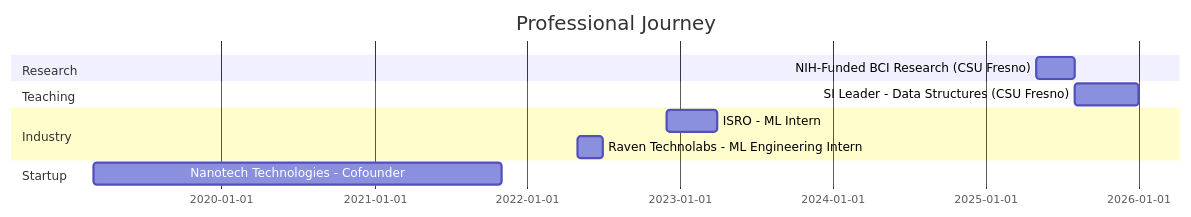
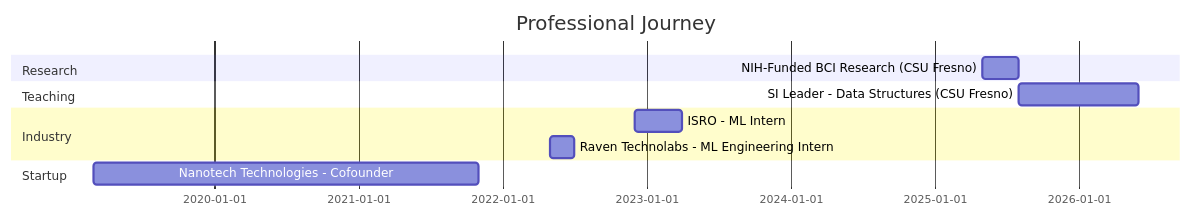
Before and after one commit to Aryanp018/Aryanp018: the diagram in README.md, drawn with Mermaid.

Commit message:
Update SI Leader end date to June 2026

````diff
--- a/README.md
+++ b/README.md
@@ -285,14 +285,14 @@
 ```mermaid
 gantt
     title Professional Journey
     dateFormat YYYY-MM
     section Research
     NIH-Funded BCI Research (CSU Fresno)     :2025-05, 2025-08
     section Teaching
-    SI Leader - Data Structures (CSU Fresno) :2025-08, 2026-01
+    SI Leader - Data Structures (CSU Fresno) :2025-08, 2026-06
     section Industry
     ISRO - ML Intern                         :2022-12, 2023-04
     Raven Technolabs - ML Engineering Intern :2022-05, 2022-07
     section Startup
     Nanotech Technologies - Cofounder        :2019-03, 2021-11
 ```
````
